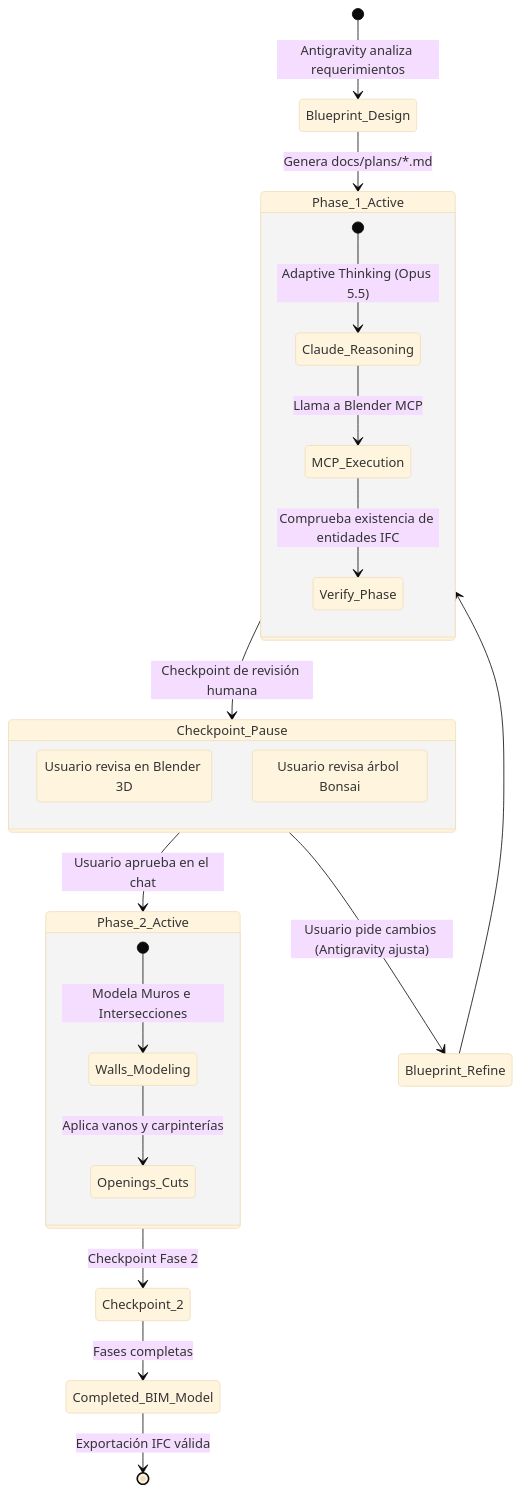
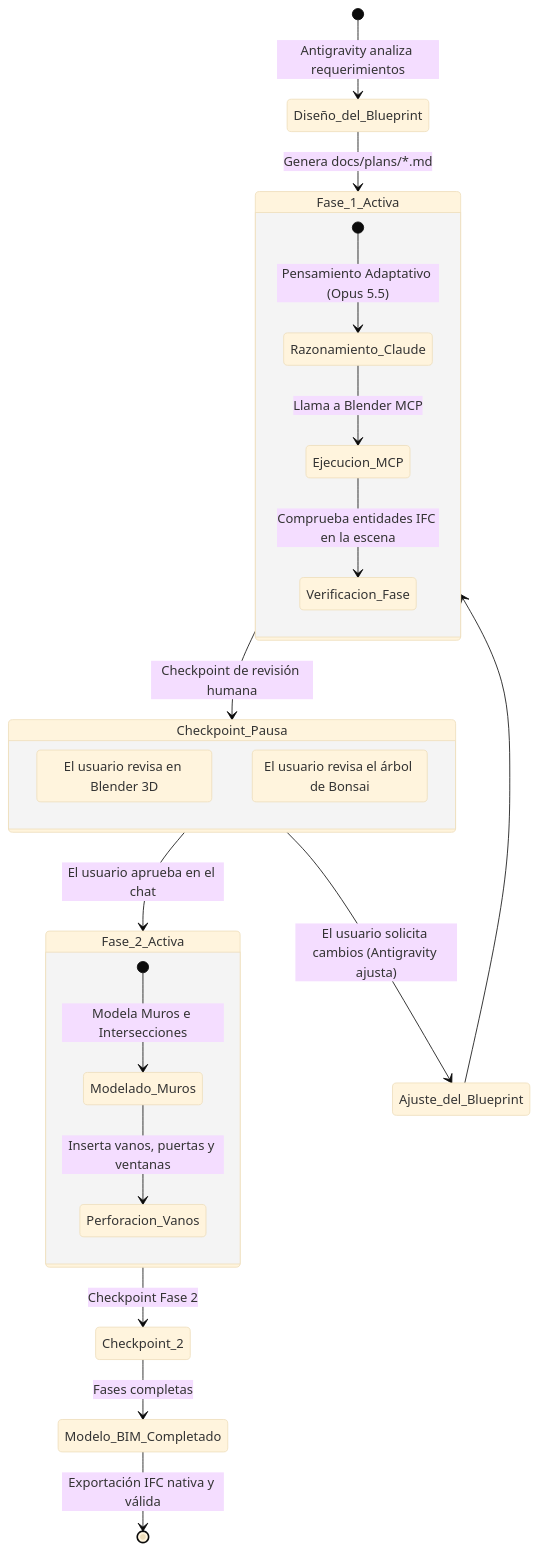
The fourth of 4 diagrams in README.md (zebas-hidalgo/antigravity-claude-bridge), drawn with Mermaid (base theme) before and after one commit. The commit also changed other lines of this file, not shown here.

Commit message:
docs: traducir README completamente al español con diagramas y esquemas OpenBIM

````diff
--- a/README.md
+++ b/README.md
@@ -128,31 +130,31 @@
 ```mermaid
 stateDiagram-v2
-    [*] --> Blueprint_Design: Antigravity analiza requerimientos
-    Blueprint_Design --> Phase_1_Active: Genera docs/plans/*.md
+    [*] --> Diseño_del_Blueprint: Antigravity analiza requerimientos
+    Diseño_del_Blueprint --> Fase_1_Activa: Genera docs/plans/*.md
     
-    state Phase_1_Active {
-        [*] --> Claude_Reasoning: Adaptive Thinking (Opus 5.5)
-        Claude_Reasoning --> MCP_Execution: Llama a Blender MCP
-        MCP_Execution --> Verify_Phase: Comprueba existencia de entidades IFC
+    state Fase_1_Activa {
+        [*] --> Razonamiento_Claude: Pensamiento Adaptativo (Opus 5.5)
+        Razonamiento_Claude --> Ejecucion_MCP: Llama a Blender MCP
+        Ejecucion_MCP --> Verificacion_Fase: Comprueba entidades IFC en la escena
     }
     
-    Phase_1_Active --> Checkpoint_Pause: Checkpoint de revisión humana
+    Fase_1_Activa --> Checkpoint_Pausa: Checkpoint de revisión humana
     
-    state Checkpoint_Pause {
-        Review_Viewport: Usuario revisa en Blender 3D
-        Check_Hierarchy: Usuario revisa árbol Bonsai
+    state Checkpoint_Pausa {
+        Inspeccion_Viewport: El usuario revisa en Blender 3D
+        Revision_Jerarquia: El usuario revisa el árbol de Bonsai
     }
     
-    Checkpoint_Pause --> Phase_2_Active: Usuario aprueba en el chat
-    Checkpoint_Pause --> Blueprint_Refine: Usuario pide cambios (Antigravity ajusta)
-    Blueprint_Refine --> Phase_1_Active
+    Checkpoint_Pausa --> Fase_2_Activa: El usuario aprueba en el chat
+    Checkpoint_Pausa --> Ajuste_del_Blueprint: El usuario solicita cambios (Antigravity ajusta)
+    Ajuste_del_Blueprint --> Fase_1_Activa
     
-    state Phase_2_Active {
-        [*] --> Walls_Modeling: Modela Muros e Intersecciones
-        Walls_Modeling --> Openings_Cuts: Aplica vanos y carpinterías
+    state Fase_2_Activa {
+        [*] --> Modelado_Muros: Modela Muros e Intersecciones
+        Modelado_Muros --> Perforacion_Vanos: Inserta vanos, puertas y ventanas
     }
     
-    Phase_2_Active --> Checkpoint_2: Checkpoint Fase 2
-    Checkpoint_2 --> Completed_BIM_Model: Fases completas
-    Completed_BIM_Model --> [*]: Exportación IFC válida
+    Fase_2_Activa --> Checkpoint_2: Checkpoint Fase 2
+    Checkpoint_2 --> Modelo_BIM_Completado: Fases completas
+    Modelo_BIM_Completado --> [*]: Exportación IFC nativa y válida
 ```
````
